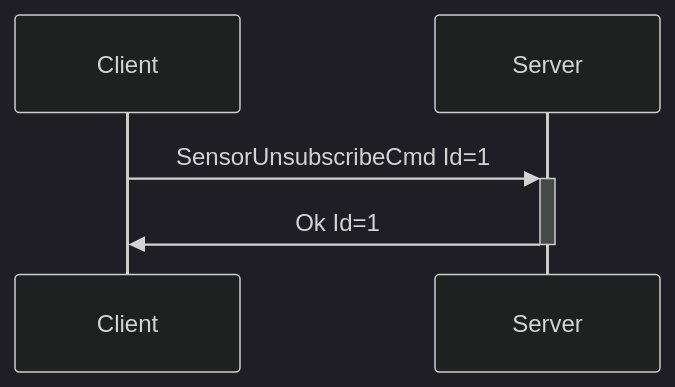
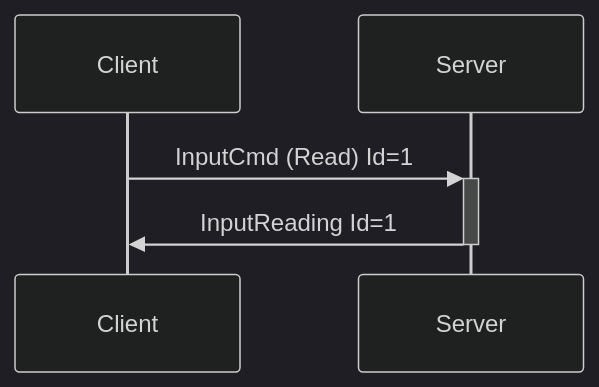
One commit to buttplugio/docs.buttplug.io changed the third of 4 diagrams in docs/spec/input.md. Above: the diagram before and after it, drawn with Mermaid (dark theme). The commit also changed other lines of this file, not shown here.

Commit message:
Add input messages

````diff
--- a/docs/spec/input.md
+++ b/docs/spec/input.md
@@ -171,5 +112,5 @@
 ```mermaid
 sequenceDiagram
-    Client->>+Server: SensorUnsubscribeCmd Id=1
-    Server->>-Client: Ok Id=1
+    Client->>+Server: InputCmd (Read) Id=1
+    Server->>-Client: InputReading Id=1
 ```
````
